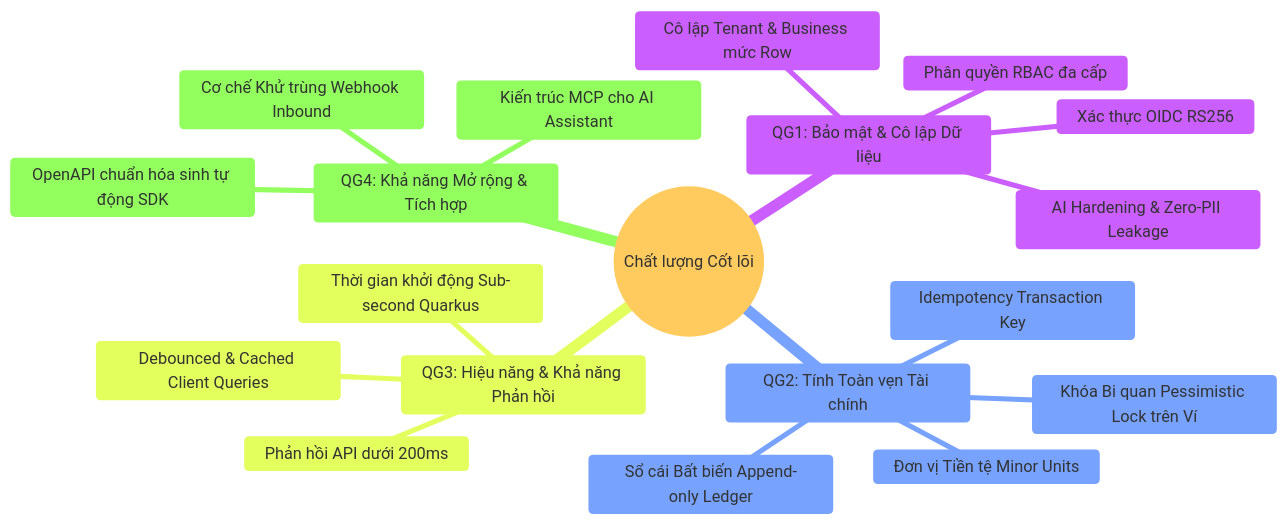
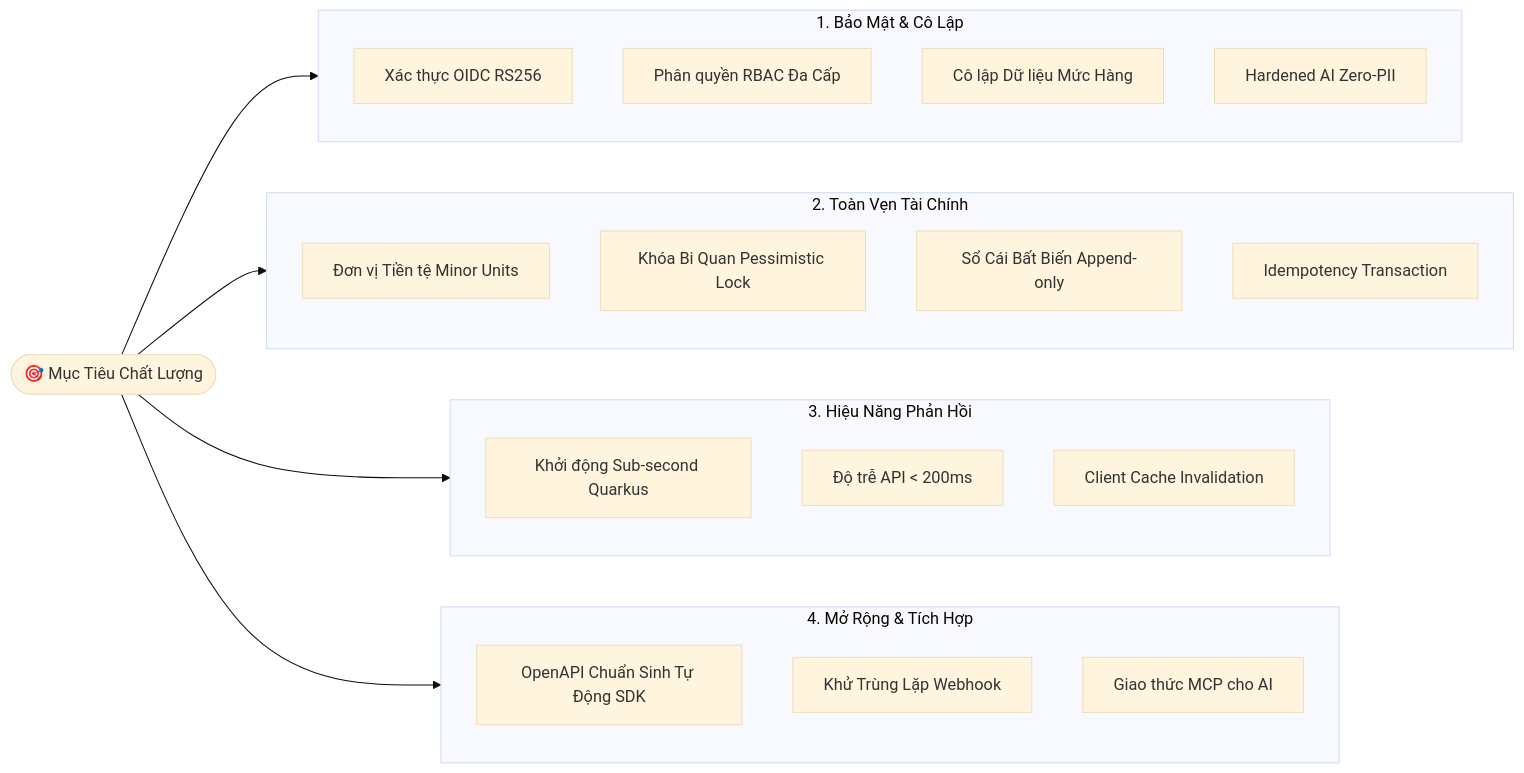
One commit to nhimtjofc/v-erp-lite changed the second of 14 diagrams in docs/ARCHITECTURE_ARC42.md. Above: the diagram before and after it, drawn with Mermaid (base theme). The commit also changed other lines of this file, not shown here.

````diff
--- a/docs/ARCHITECTURE_ARC42.md
+++ b/docs/ARCHITECTURE_ARC42.md
@@ -78,22 +78,35 @@
 ```mermaid
-mindmap
-  root((Chất lượng Cốt lõi))
-    QG1: Bảo mật & Cô lập Dữ liệu
-      Xác thực OIDC RS256
-      Phân quyền RBAC đa cấp
-      Cô lập Tenant & Business mức Row
-      AI Hardening & Zero-PII Leakage
-    QG2: Tính Toàn vẹn Tài chính
-      Đơn vị Tiền tệ Minor Units
-      Khóa Bi quan Pessimistic Lock trên Ví
-      Sổ cái Bất biến Append-only Ledger
-      Idempotency Transaction Key
-    QG3: Hiệu năng & Khả năng Phản hồi
-      Thời gian khởi động Sub-second Quarkus
-      Phản hồi API dưới 200ms
-      Debounced & Cached Client Queries
-    QG4: Khả năng Mở rộng & Tích hợp
-      OpenAPI chuẩn hóa sinh tự động SDK
-      Cơ chế Khử trùng Webhook Inbound
-      Kiến trúc MCP cho AI Assistant
+flowchart LR
+    Root(["🎯 Mục Tiêu Chất Lượng"])
+
+    subgraph Q1 ["1. Bảo Mật & Cô Lập"]
+        Q1A["Xác thực OIDC RS256"]
+        Q1B["Phân quyền RBAC Đa Cấp"]
+        Q1C["Cô lập Dữ liệu Mức Hàng"]
+        Q1D["Hardened AI Zero-PII"]
+    end
+
+    subgraph Q2 ["2. Toàn Vẹn Tài Chính"]
+        Q2A["Đơn vị Tiền tệ Minor Units"]
+        Q2B["Khóa Bi Quan Pessimistic Lock"]
+        Q2C["Sổ Cái Bất Biến Append-only"]
+        Q2D["Idempotency Transaction"]
+    end
+
+    subgraph Q3 ["3. Hiệu Năng Phản Hồi"]
+        Q3A["Khởi động Sub-second Quarkus"]
+        Q3B["Độ trễ API < 200ms"]
+        Q3C["Client Cache Invalidation"]
+    end
+
+    subgraph Q4 ["4. Mở Rộng & Tích Hợp"]
+        Q4A["OpenAPI Chuẩn Sinh Tự Động SDK"]
+        Q4B["Khử Trùng Lặp Webhook"]
+        Q4C["Giao thức MCP cho AI"]
+    end
+
+    Root --> Q1
+    Root --> Q2
+    Root --> Q3
+    Root --> Q4
 ```
````
